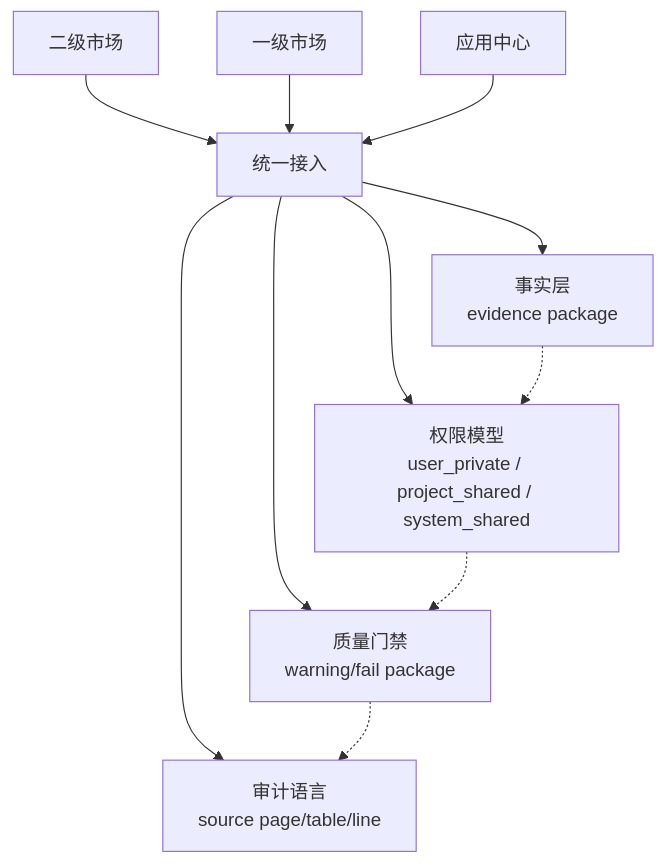
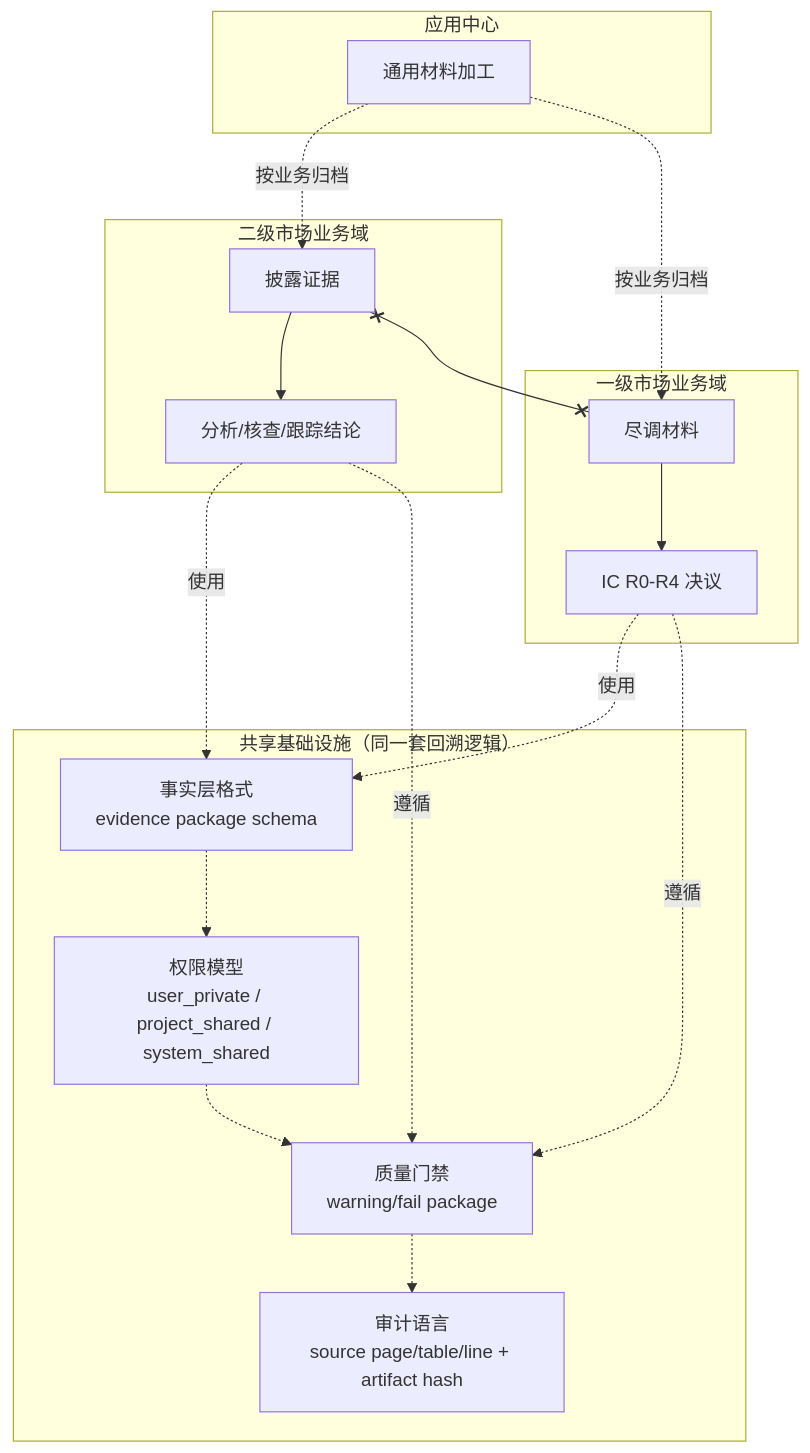
The sixth of 6 diagrams in docs/site/architecture/overview.md (maoyadongsh/siq-research-engine), drawn with Mermaid before and after one commit. The commit also changed other lines of this file and 2 other files, not shown here.

First line of the commit message:
docs: clarify market isolation and optimize architecture diagrams

````diff
--- a/docs/site/architecture/overview.md
+++ b/docs/site/architecture/overview.md
@@ -163,19 +285,35 @@
 ```mermaid
 graph TB
-    P1[二级市场]
-    P2[一级市场]
-    P3[应用中心]
+    subgraph Shared["共享基础设施（同一套回溯逻辑）"]
+        S1[事实层格式<br/>evidence package schema]
+        S2[权限模型<br/>user_private / project_shared / system_shared]
+        S3[质量门禁<br/>warning/fail package]
+        S4[审计语言<br/>source page/table/line + artifact hash]
+        S1 -.-> S2
+        S2 -.-> S3
+        S3 -.-> S4
+    end
 
-    P1 --> Hub[统一接入]
-    P2 --> Hub
-    P3 --> Hub
+    subgraph Sec["二级市场业务域"]
+        P1[披露证据]
+        P1 --> Q1[分析/核查/跟踪结论]
+    end
 
-    Hub --> S1[事实层<br/>evidence package]
-    Hub --> S2[权限模型<br/>user_private / project_shared / system_shared]
-    Hub --> S3[质量门禁<br/>warning/fail package]
-    Hub --> S4[审计语言<br/>source page/table/line]
+    subgraph Pri["一级市场业务域"]
+        P2[尽调材料]
+        P2 --> Q2[IC R0-R4 决议]
+    end
 
-    S1 -.-> S2
-    S2 -.-> S3
-    S3 -.-> S4
+    subgraph App["应用中心"]
+        P3[通用材料加工]
+        P3 -.->|按业务归档| P1
+        P3 -.->|按业务归档| P2
+    end
+
+    Q1 -.->|使用| S1
+    Q2 -.->|使用| S1
+    Q1 -.->|遵循| S3
+    Q2 -.->|遵循| S3
+
+    P1 x--x P2
 ```
````
